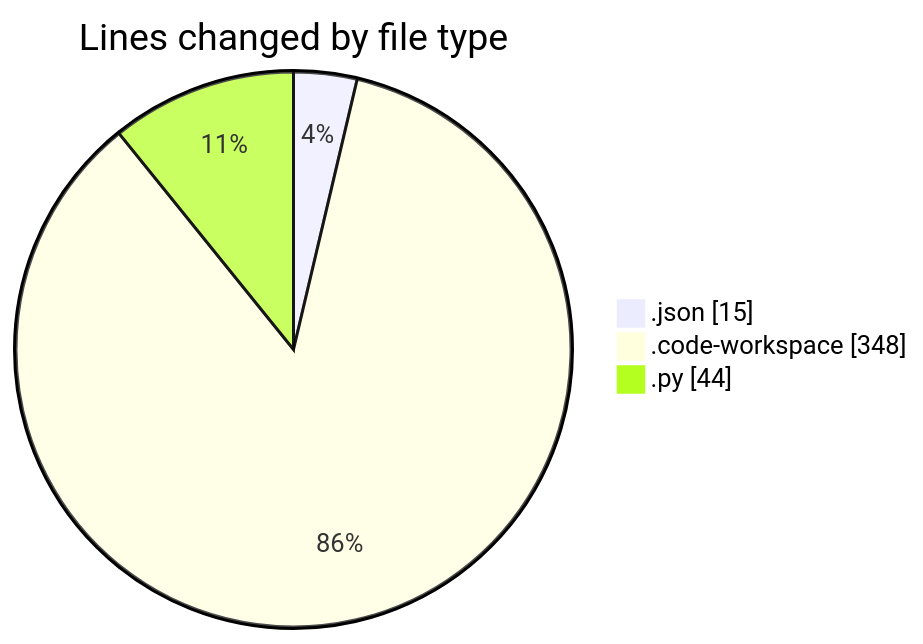
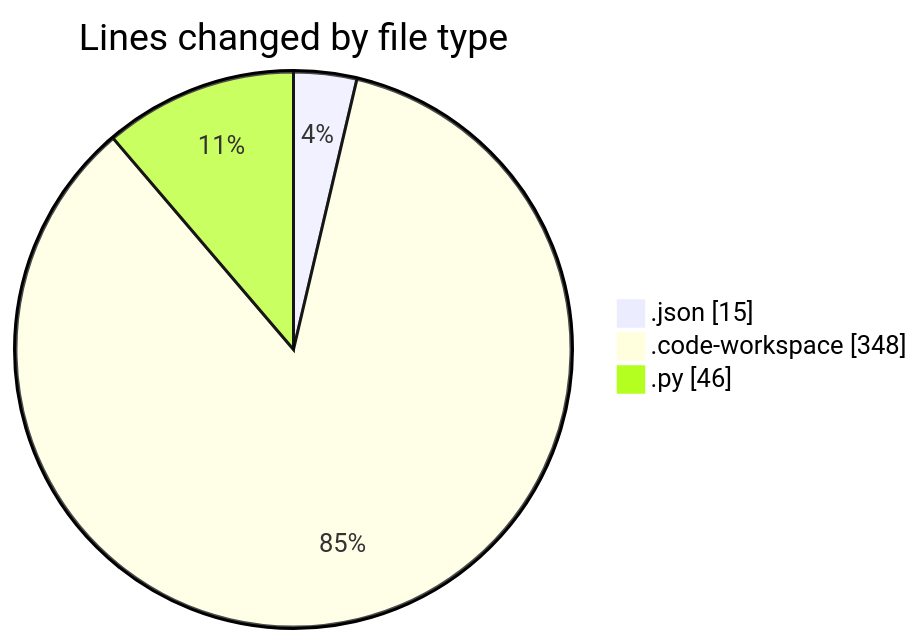
One commit to MatusMokan/code-tracking changed the first of 2 diagrams in 2025-02-25/myws__workspace_/README.md. Above: the diagram before and after it, drawn with Mermaid. The commit also changed other lines of this file and 1 other file, not shown here.

````diff
--- a/2025-02-25/myws__workspace_/README.md
+++ b/2025-02-25/myws__workspace_/README.md
@@ -22,7 +22,7 @@
 ```mermaid
 pie showData
 title Lines changed by file type
 ".json" : 15
 ".code-workspace" : 348
-".py" : 44
+".py" : 46
 ```
````
